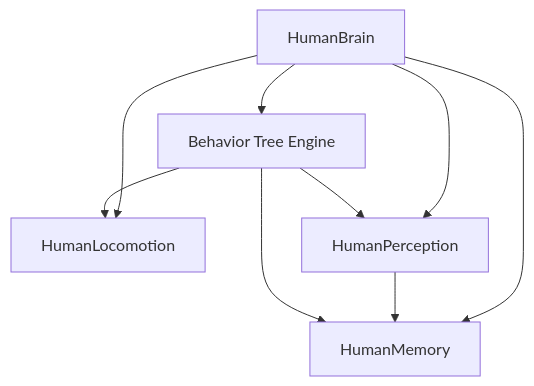
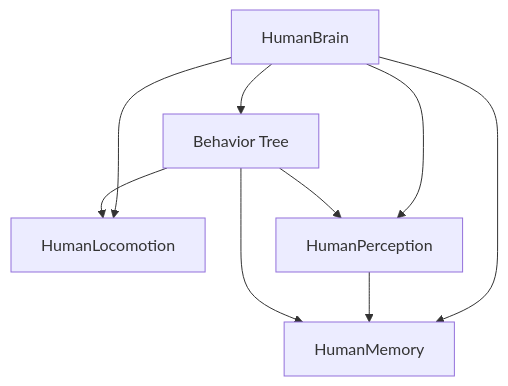
The diagram in README.md (NeoLorenzo/Life-Engine-3D), drawn with Mermaid before and after one commit. The commit also changed other lines of this file, not shown here.

````diff
--- a/README.md
+++ b/README.md
@@ -9,12 +21,12 @@
 ```mermaid
 graph TD
-    HB[HumanBrain] --> BT[Behavior Tree Engine]
+    HB[HumanBrain] --> BT[Behavior Tree]
     HB --> HL[HumanLocomotion]
     HB --> HP[HumanPerception]
     HB --> HM[HumanMemory]
-    
+
     HP --> HM
     BT --> HL
     BT --> HP
     BT --> HM
 ```
````
